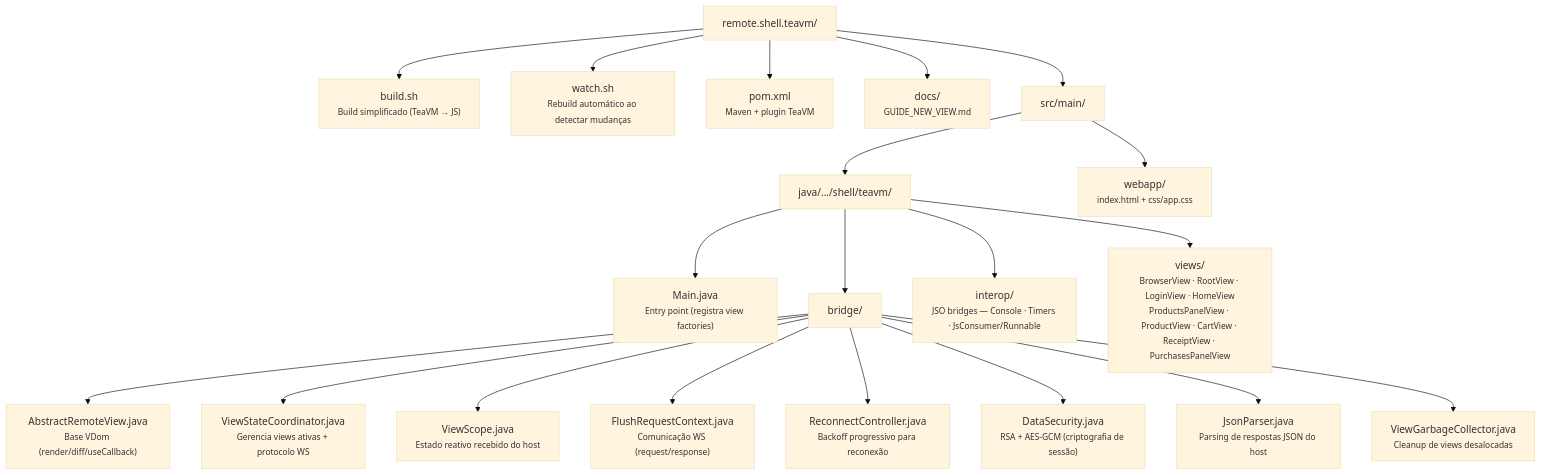
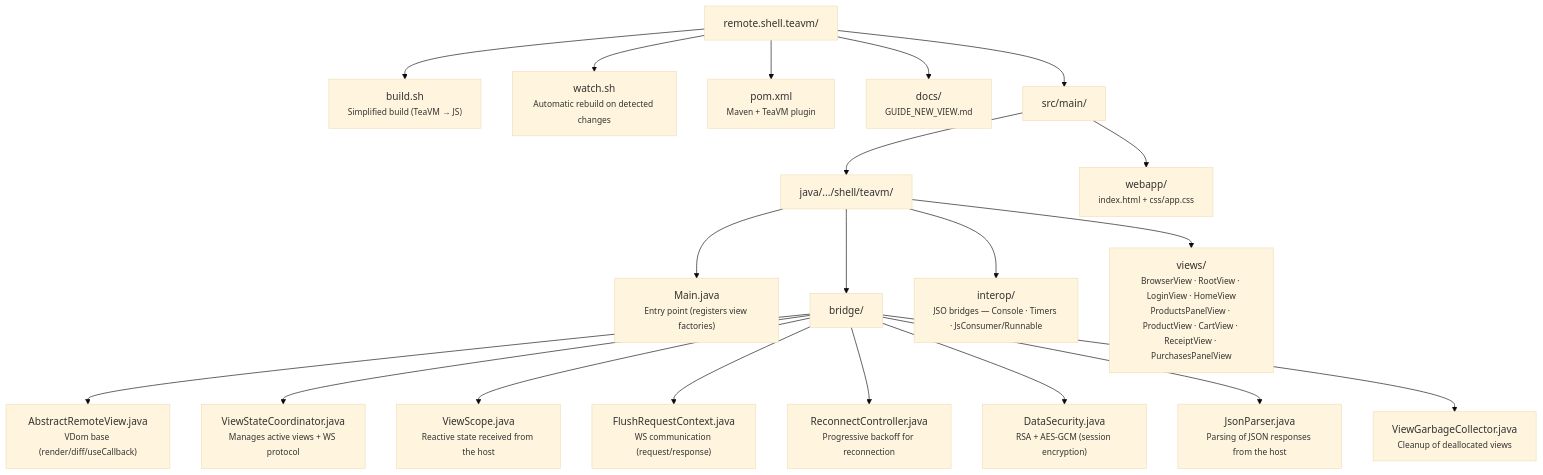
One commit to mrcdom/wdc-cube-java-v2 changed the third of 4 diagrams in fontes/br.com.wdc.shopping/br.com.wdc.shopping.view.remote/remote.shell.teavm/README.md. Above: the diagram before and after it, drawn with Mermaid (base theme). The commit also changed other lines of this file and 69 other files, not shown here.

````diff
--- a/fontes/br.com.wdc.shopping/br.com.wdc.shopping.view.remote/remote.shell.teavm/README.md
+++ b/fontes/br.com.wdc.shopping/br.com.wdc.shopping.view.remote/remote.shell.teavm/README.md
@@ -51,43 +51,43 @@
 ```mermaid
 graph TD
     root["remote.shell.teavm/"]
-    buildsh["build.sh<br/><small>Build simplificado (TeaVM → JS)</small>"]
-    watchsh["watch.sh<br/><small>Rebuild automático ao detectar mudanças</small>"]
-    pom["pom.xml<br/><small>Maven + plugin TeaVM</small>"]
+    buildsh["build.sh<br/><small>Simplified build (TeaVM → JS)</small>"]
+    watchsh["watch.sh<br/><small>Automatic rebuild on detected changes</small>"]
+    pom["pom.xml<br/><small>Maven + TeaVM plugin</small>"]
     docs["docs/<br/><small>GUIDE_NEW_VIEW.md</small>"]
     srcMain["src/main/"]
     java["java/.../shell/teavm/"]
-    main["Main.java<br/><small>Entry point (registra view factories)</small>"]
+    main["Main.java<br/><small>Entry point (registers view factories)</small>"]
     bridge["bridge/"]
-    arv["AbstractRemoteView.java<br/><small>Base VDom (render/diff/useCallback)</small>"]
-    vsc["ViewStateCoordinator.java<br/><small>Gerencia views ativas + protocolo WS</small>"]
-    vs["ViewScope.java<br/><small>Estado reativo recebido do host</small>"]
-    frc["FlushRequestContext.java<br/><small>Comunicação WS (request/response)</small>"]
-    rc["ReconnectController.java<br/><small>Backoff progressivo para reconexão</small>"]
-    ds["DataSecurity.java<br/><small>RSA + AES-GCM (criptografia de sessão)</small>"]
-    jp["JsonParser.java<br/><small>Parsing de respostas JSON do host</small>"]
-    vgc["ViewGarbageCollector.java<br/><small>Cleanup de views desalocadas</small>"]
+    arv["AbstractRemoteView.java<br/><small>VDom base (render/diff/useCallback)</small>"]
+    vsc["ViewStateCoordinator.java<br/><small>Manages active views + WS protocol</small>"]
+    vs["ViewScope.java<br/><small>Reactive state received from the host</small>"]
+    frc["FlushRequestContext.java<br/><small>WS communication (request/response)</small>"]
+    rc["ReconnectController.java<br/><small>Progressive backoff for reconnection</small>"]
+    ds["DataSecurity.java<br/><small>RSA + AES-GCM (session encryption)</small>"]
+    jp["JsonParser.java<br/><small>Parsing of JSON responses from the host</small>"]
+    vgc["ViewGarbageCollector.java<br/><small>Cleanup of deallocated views</small>"]
     interop["interop/<br/><small>JSO bridges — Console · Timers · JsConsumer/Runnable</small>"]
     views["views/<br/><small>BrowserView · RootView · LoginView · HomeView<br/>ProductsPanelView · ProductView · CartView · ReceiptView · PurchasesPanelView</small>"]
     webapp["webapp/<br/><small>index.html + css/app.css</small>"]
 
     root --> buildsh
     root --> watchsh
     root --> pom
     root --> docs
     root --> srcMain
     srcMain --> java
     srcMain --> webapp
     java --> main
     java --> bridge
     java --> interop
     java --> views
     bridge --> arv
     bridge --> vsc
     bridge --> vs
     bridge --> frc
     bridge --> rc
     bridge --> ds
     bridge --> jp
     bridge --> vgc
 ```
````
